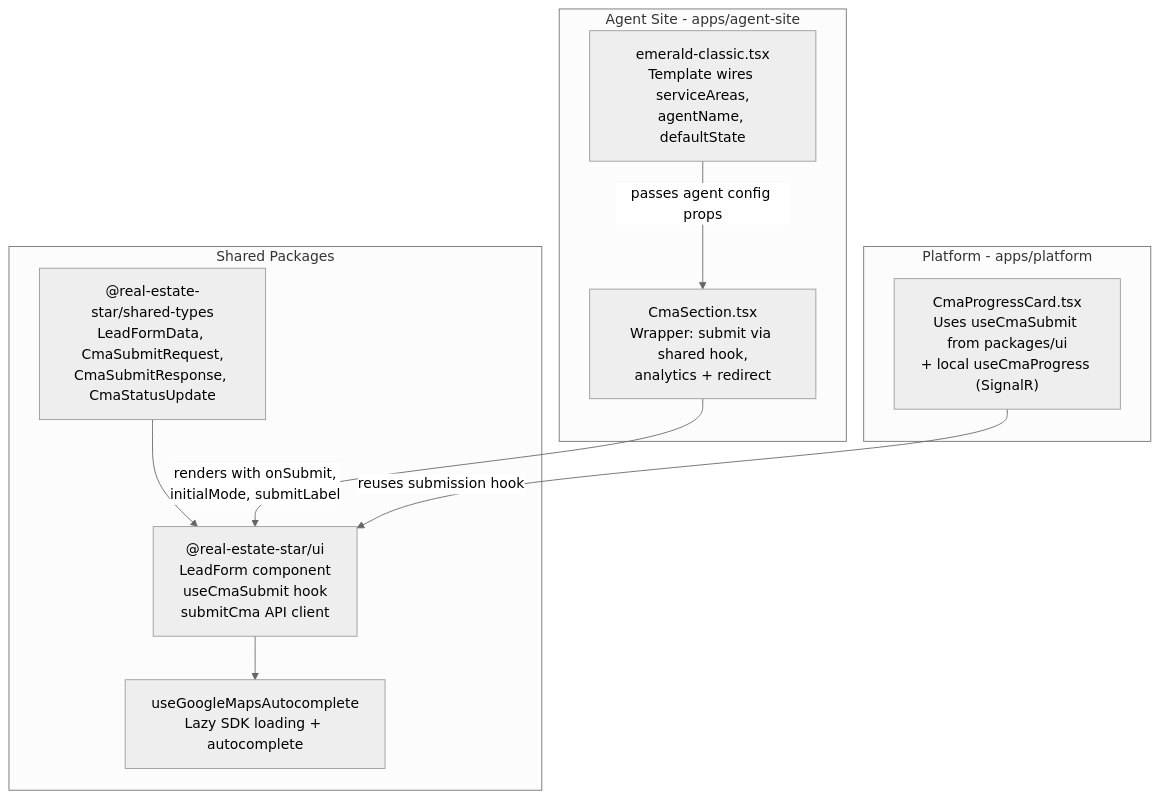
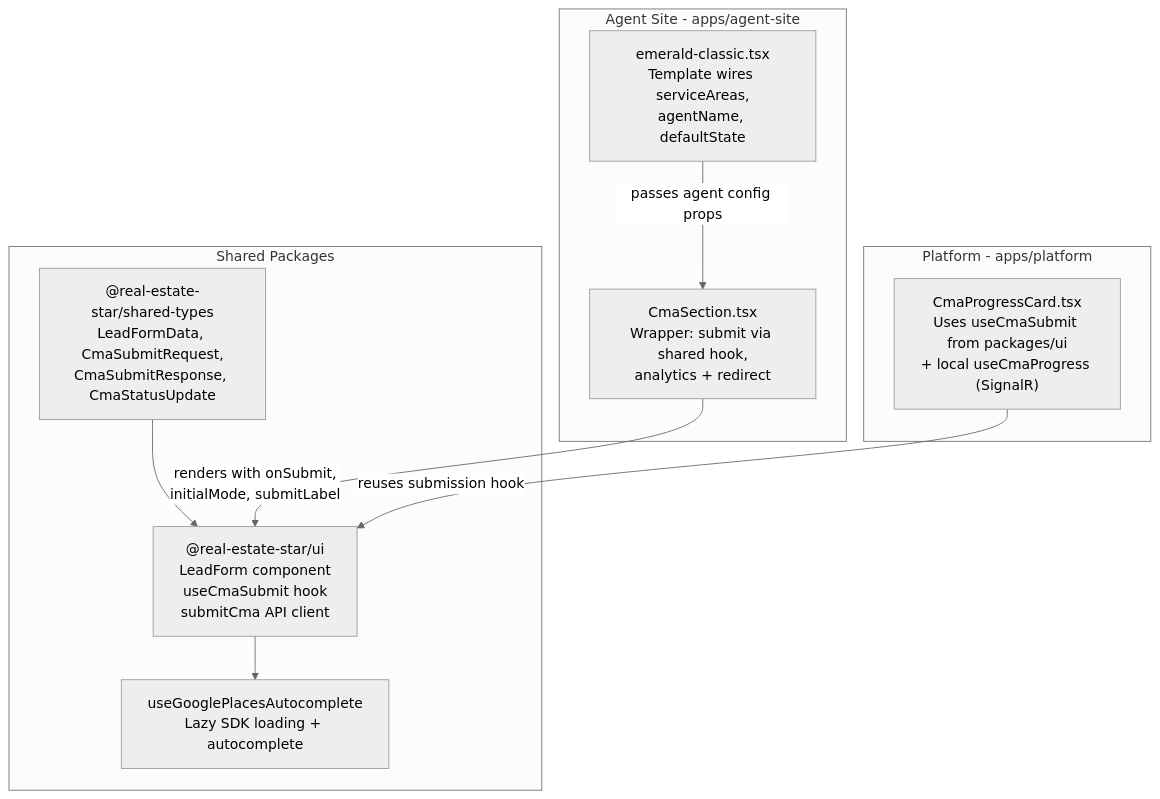
One commit to edward-rosado/jenisesells-website changed the diagram in docs/architecture/shared-lead-form-component-hierarchy.md. Above: the diagram before and after it, drawn with Mermaid (neutral theme). The commit also changed 1 other file, not shown here.

Commit message:
docs: fix hook name + add correlation ID detail in architecture diagrams

````diff
--- a/docs/architecture/shared-lead-form-component-hierarchy.md
+++ b/docs/architecture/shared-lead-form-component-hierarchy.md
@@ -5,23 +5,23 @@
 ```mermaid
 flowchart TD
     subgraph Packages ["Shared Packages"]
         ST["@real-estate-star/shared-types<br/>LeadFormData, CmaSubmitRequest,<br/>CmaSubmitResponse, CmaStatusUpdate"]
         UI["@real-estate-star/ui<br/>LeadForm component<br/>useCmaSubmit hook<br/>submitCma API client"]
-        Hook["useGoogleMapsAutocomplete<br/>Lazy SDK loading + autocomplete"]
+        Hook["useGooglePlacesAutocomplete<br/>Lazy SDK loading + autocomplete"]
     end
 
     subgraph AgentSite ["Agent Site - apps/agent-site"]
         EC["emerald-classic.tsx<br/>Template wires serviceAreas,<br/>agentName, defaultState"]
         CS["CmaSection.tsx<br/>Wrapper: submit via shared hook,<br/>analytics + redirect"]
     end
 
     subgraph Platform ["Platform - apps/platform"]
         CPC["CmaProgressCard.tsx<br/>Uses useCmaSubmit from packages/ui<br/>+ local useCmaProgress (SignalR)"]
     end
 
     ST --> UI
     UI --> Hook
     EC -->|"passes agent config props"| CS
     CS -->|"renders with onSubmit,<br/>initialMode, submitLabel"| UI
     CPC -->|"reuses submission hook"| UI
 ```
````
